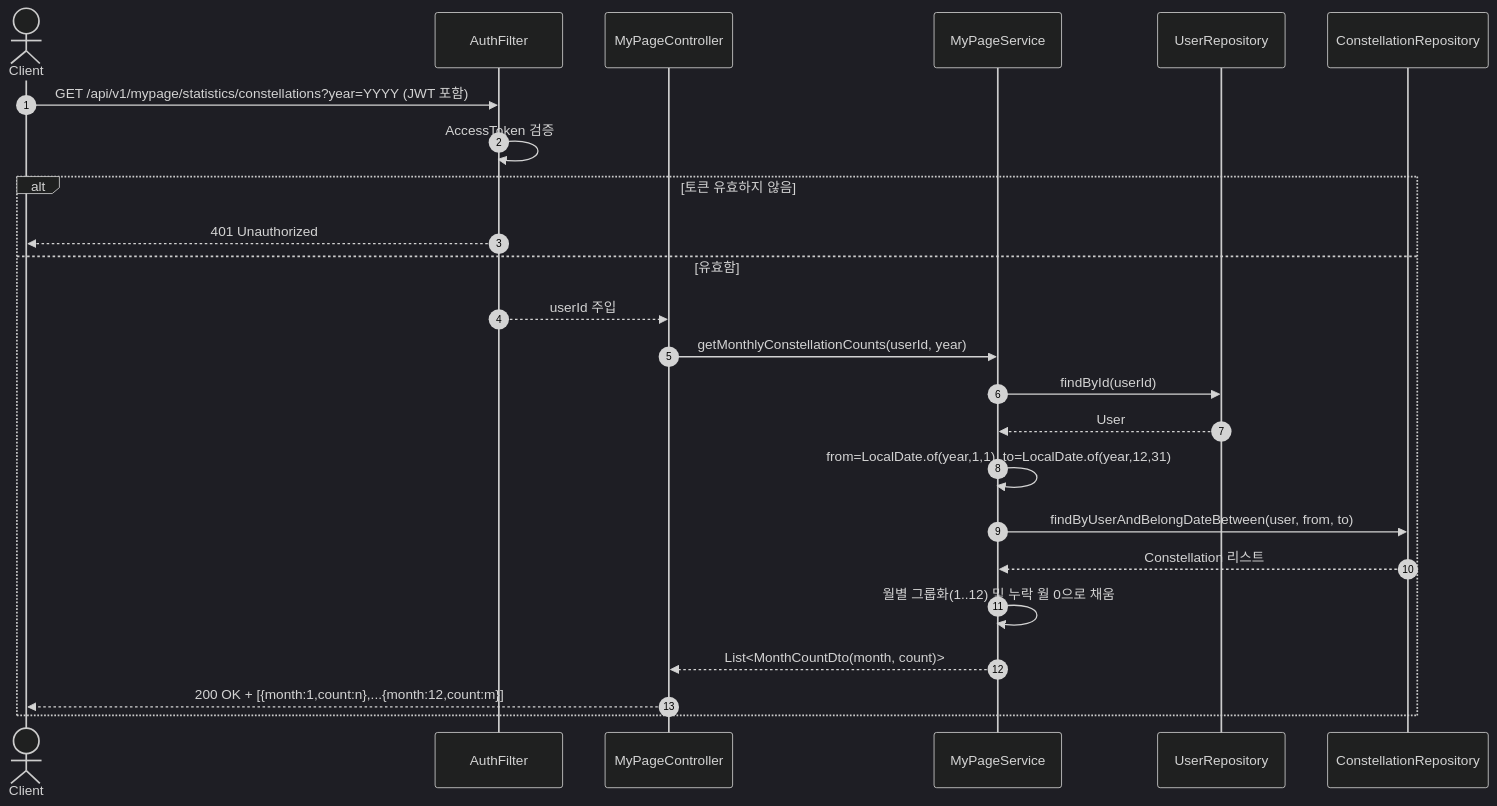
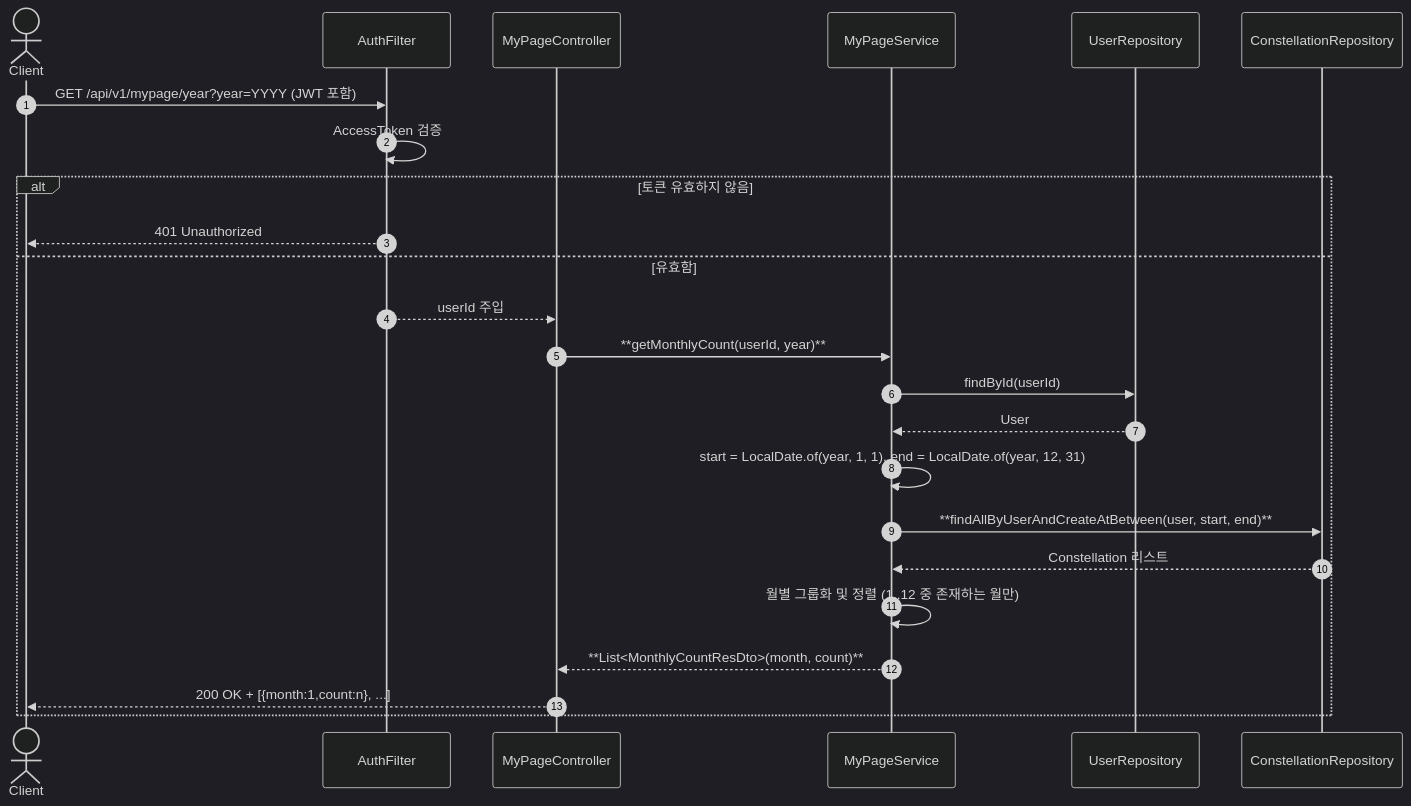
One commit to 2025-YU-SE-Project/Starlet_doc changed diagram 25 of 36 in SDS/4_Sequence_diagram.md. Above: the diagram before and after it, drawn with Mermaid (dark theme). The commit also changed other lines of this file, not shown here.

Commit message:
[UPDATE] 시퀀스 다이어그램

````diff
--- a/SDS/4_Sequence_diagram.md
+++ b/SDS/4_Sequence_diagram.md
@@ -1840,27 +1792,28 @@
 ```mermaid
 sequenceDiagram
     autonumber
     actor Client as Client
     participant AF as AuthFilter
     participant MPC as MyPageController
     participant MPS as MyPageService
     participant UR as UserRepository
     participant CR as ConstellationRepository
 
-    Client->>AF: GET /api/v1/mypage/statistics/constellations?year=YYYY (JWT 포함)
+    Client->>AF: GET /api/v1/mypage/year?year=YYYY (JWT 포함)
     AF->>AF: AccessToken 검증
     alt 토큰 유효하지 않음
         AF-->>Client: 401 Unauthorized
     else 유효함
         AF-->>MPC: userId 주입
-        MPC->>MPS: getMonthlyConstellationCounts(userId, year)
+        MPC->>MPS: **getMonthlyCount(userId, year)**
         MPS->>UR: findById(userId)
         UR-->>MPS: User
-        MPS->>MPS: from=LocalDate.of(year,1,1), to=LocalDate.of(year,12,31)
-        MPS->>CR: findByUserAndBelongDateBetween(user, from, to)
+        MPS->>MPS: start = LocalDate.of(year, 1, 1), end = LocalDate.of(year, 12, 31)
+        MPS->>CR: **findAllByUserAndCreateAtBetween(user, start, end)**
         CR-->>MPS: Constellation 리스트
-        MPS->>MPS: 월별 그룹화(1..12) 및 누락 월 0으로 채움
-        MPS-->>MPC: List<MonthCountDto(month, count)>
-        MPC-->>Client: 200 OK + [{month:1,count:n},...{month:12,count:m}]
+        MPS->>MPS: 월별 그룹화 및 정렬 (1..12 중 존재하는 월만)
+        MPS-->>MPC: **List<MonthlyCountResDto>(month, count)**
+        MPC-->>Client: 200 OK + [{month:1,count:n}, ...]
     end
+
 ```
````
